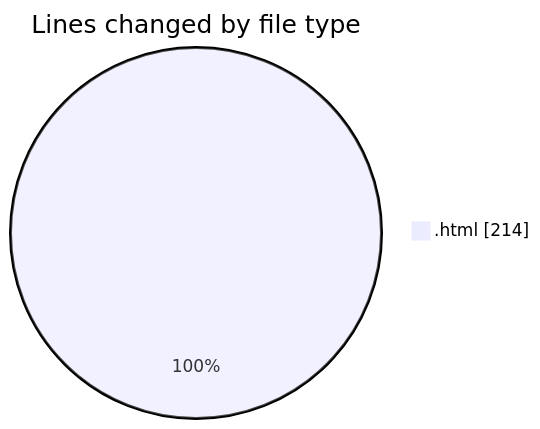
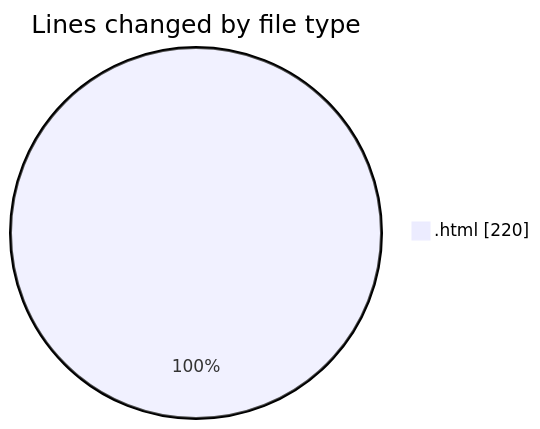
The first of 2 diagrams in 2025-01-08/nueva_carpeta/README.md (LanceThiago/code-tracking), drawn with Mermaid before and after one commit. The commit also changed other lines of this file and 1 other file, not shown here.

````diff
--- a/2025-01-08/nueva_carpeta/README.md
+++ b/2025-01-08/nueva_carpeta/README.md
@@ -20,5 +20,5 @@
 ```mermaid
 pie showData
 title Lines changed by file type
-".html" : 214
+".html" : 220
 ```
````
